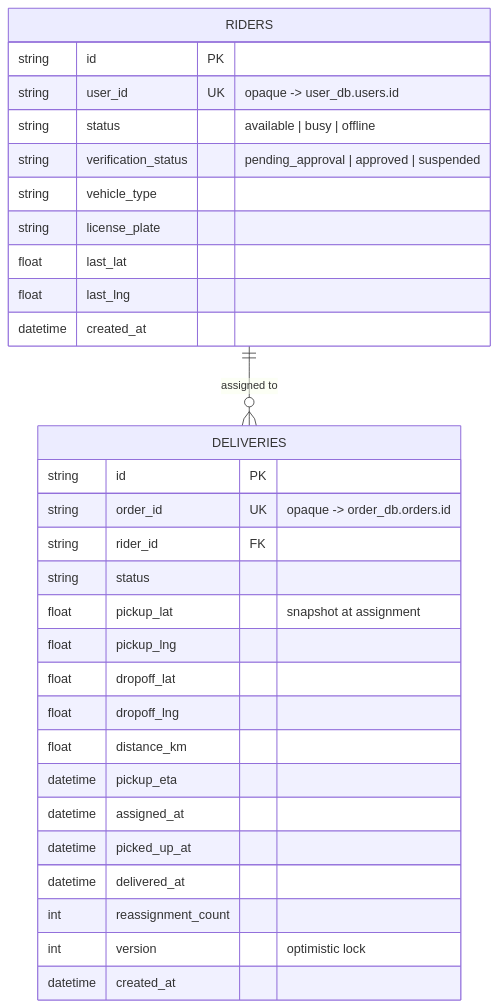
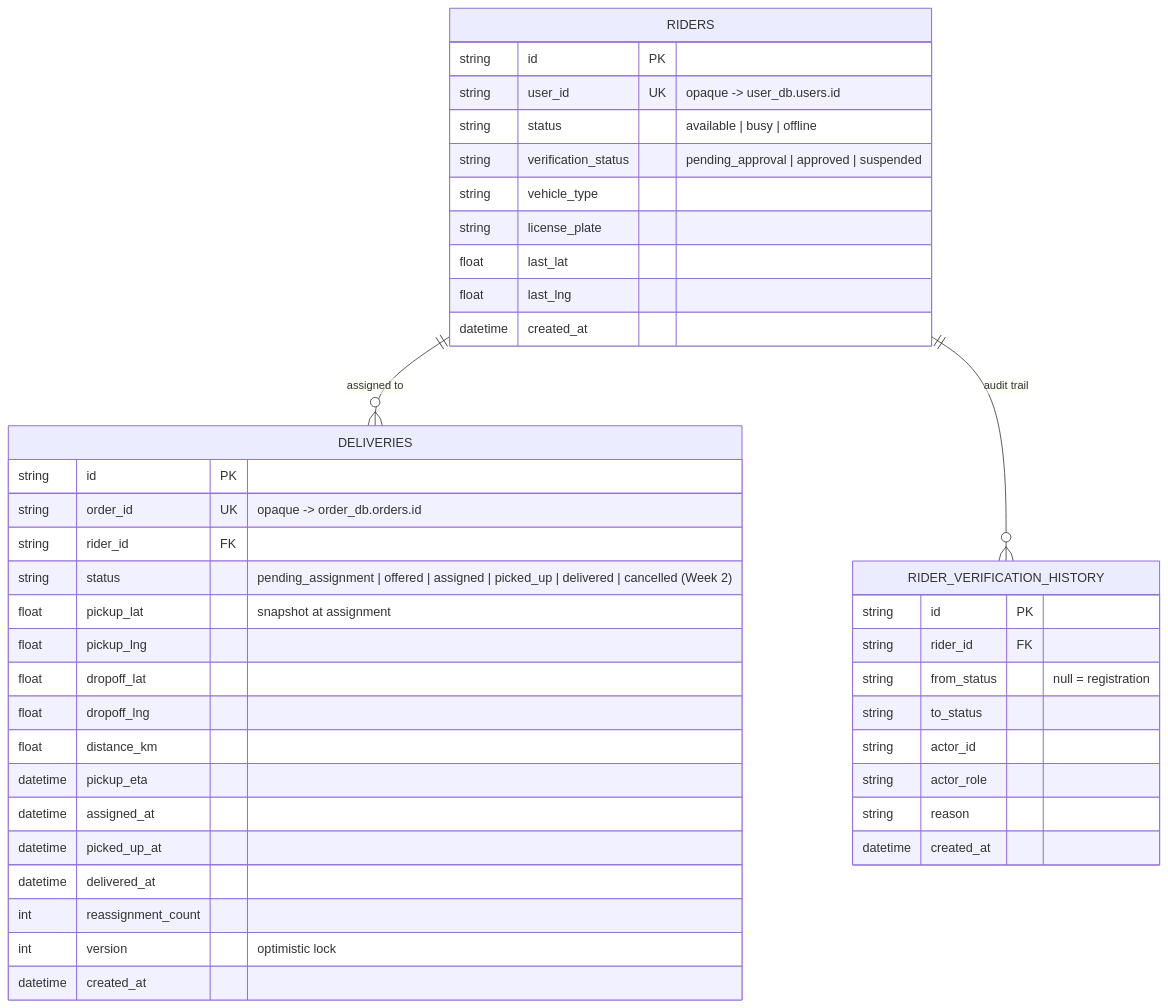
Before and after one commit to umer-emumba/smartfoodops-ms: the fifth of 9 diagrams in docs/diagrams.md, drawn with Mermaid. The commit also changed other lines of this file and 66 other files, not shown here.

````diff
--- a/docs/diagrams.md
+++ b/docs/diagrams.md
@@ -197,34 +225,45 @@
 ```mermaid
 erDiagram
     RIDERS ||--o{ DELIVERIES : "assigned to"
+    RIDERS ||--o{ RIDER_VERIFICATION_HISTORY : "audit trail"
 
     RIDERS {
         string id PK
         string user_id UK "opaque -> user_db.users.id"
         string status "available | busy | offline"
         string verification_status "pending_approval | approved | suspended"
         string vehicle_type
         string license_plate
         float last_lat
         float last_lng
         datetime created_at
     }
     DELIVERIES {
         string id PK
         string order_id UK "opaque -> order_db.orders.id"
         string rider_id FK
-        string status
+        string status "pending_assignment | offered | assigned | picked_up | delivered | cancelled (Week 2)"
         float pickup_lat "snapshot at assignment"
         float pickup_lng
         float dropoff_lat
         float dropoff_lng
         float distance_km
         datetime pickup_eta
         datetime assigned_at
         datetime picked_up_at
         datetime delivered_at
         int reassignment_count
         int version "optimistic lock"
         datetime created_at
     }
+    RIDER_VERIFICATION_HISTORY {
+        string id PK
+        string rider_id FK
+        string from_status "null = registration"
+        string to_status
+        string actor_id
+        string actor_role
+        string reason
+        datetime created_at
+    }
 ```
````
